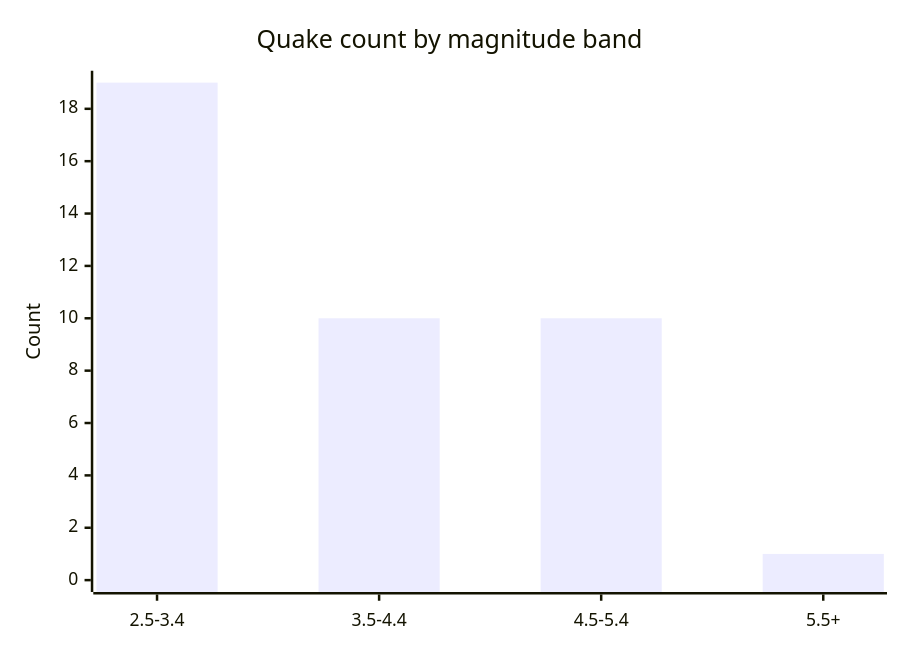
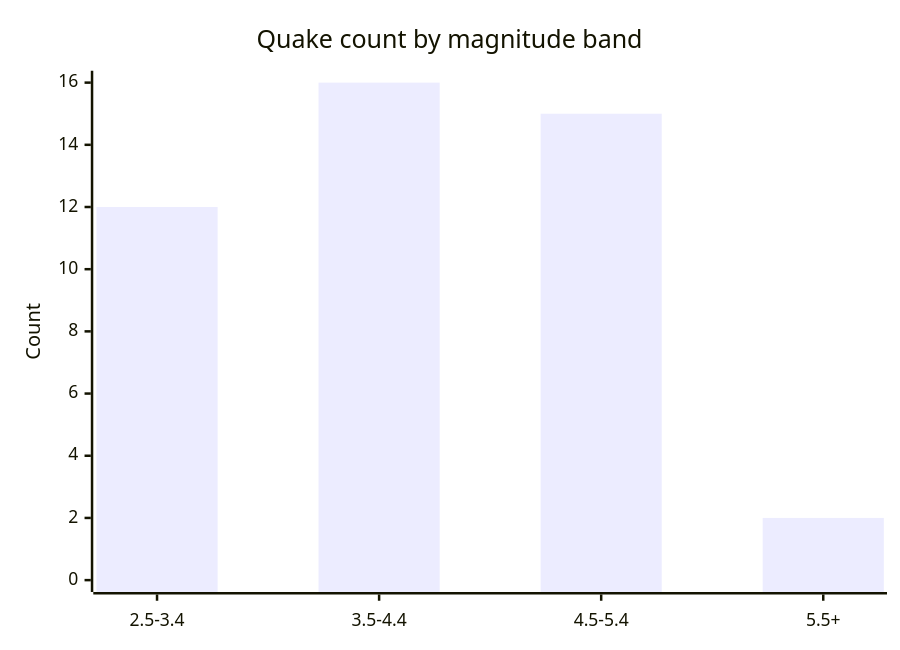
The fifth of 6 diagrams in docs/GRAPHS.md (Midwest-Stratospheric/aerostratospheric-defense-gir), drawn with Mermaid before and after one commit. The commit also changed other lines of this file and 25 other files, not shown here.

````diff
--- a/docs/GRAPHS.md
+++ b/docs/GRAPHS.md
@@ -82,7 +82,7 @@
 ```mermaid
 xychart-beta
   title "Quake count by magnitude band"
   x-axis ["2.5-3.4", "3.5-4.4", "4.5-5.4", "5.5+"]
-  y-axis "Count" 0 --> 19
-  bar [19, 10, 10, 1]
+  y-axis "Count" 0 --> 16
+  bar [12, 16, 15, 2]
 ```
````
